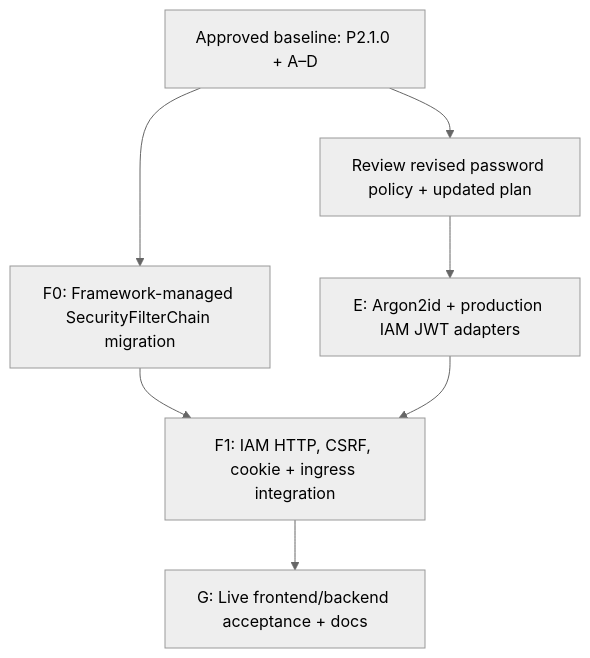
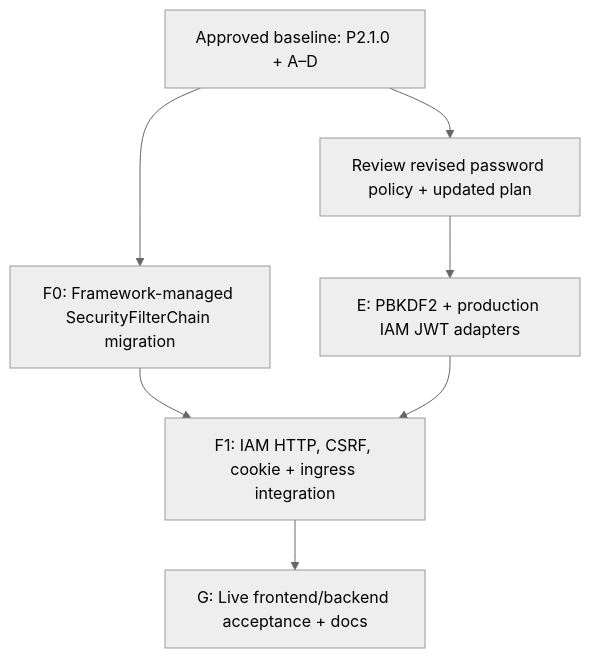
The diagram in docs/internal/tasks/p2.1a-registration-auth/plan.md (frederik-hoeft/min-favs-sharewise), drawn with Mermaid (neutral theme) before and after one commit. The commit also changed other lines of this file and 21 other files, not shown here.

Commit message:
P2.1a: keep auth lean + swithc form argon to pbkdf2 hmac sha256 with appropriate parameters

````diff
--- a/docs/internal/tasks/p2.1a-registration-auth/plan.md
+++ b/docs/internal/tasks/p2.1a-registration-auth/plan.md
@@ -14,9 +14,9 @@
 ```mermaid
 flowchart TD
     B["Approved baseline: P2.1.0 + A–D"] --> P["Review revised password policy + updated plan"]
-    P --> E["E: Argon2id + production IAM JWT adapters"]
+    P --> E["E: PBKDF2 + production IAM JWT adapters"]
     B --> F0["F0: Framework-managed SecurityFilterChain migration"]
     F0 --> F1["F1: IAM HTTP, CSRF, cookie + ingress integration"]
     E --> F1
     F1 --> G["G: Live frontend/backend acceptance + docs"]
 ```
````
